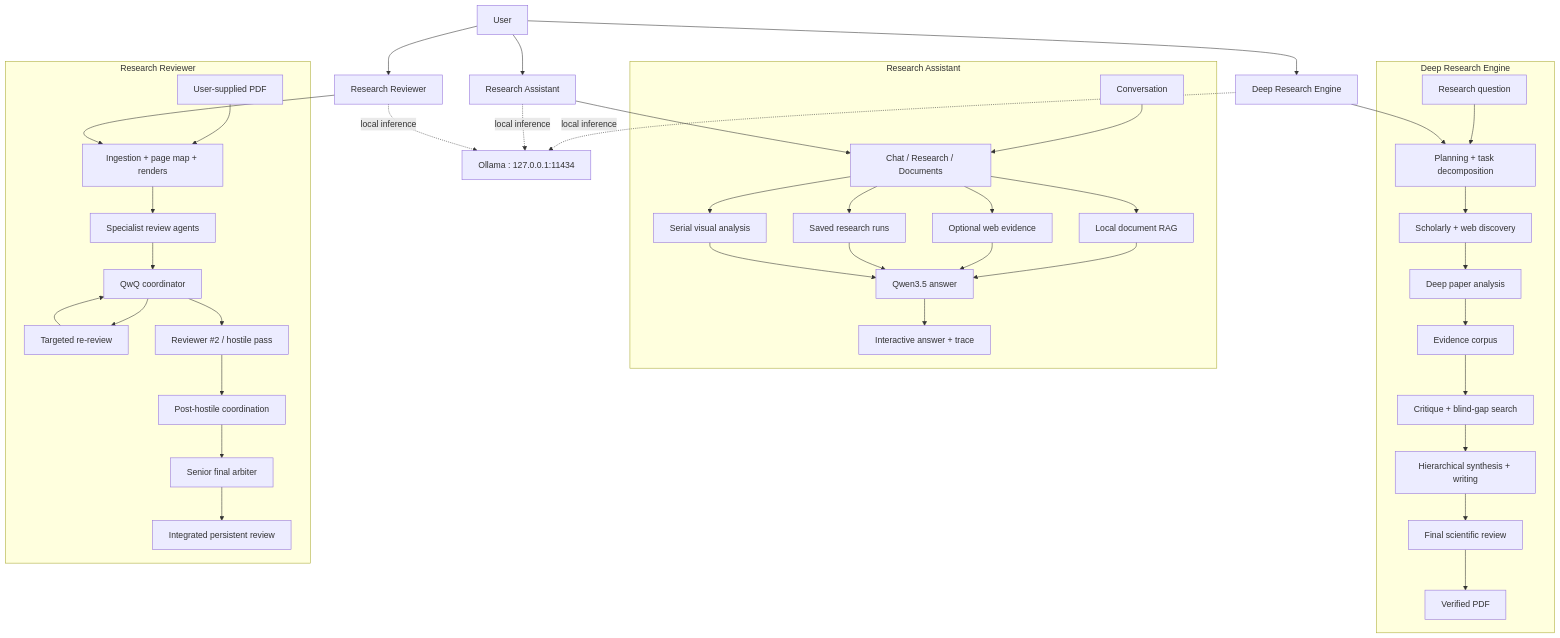
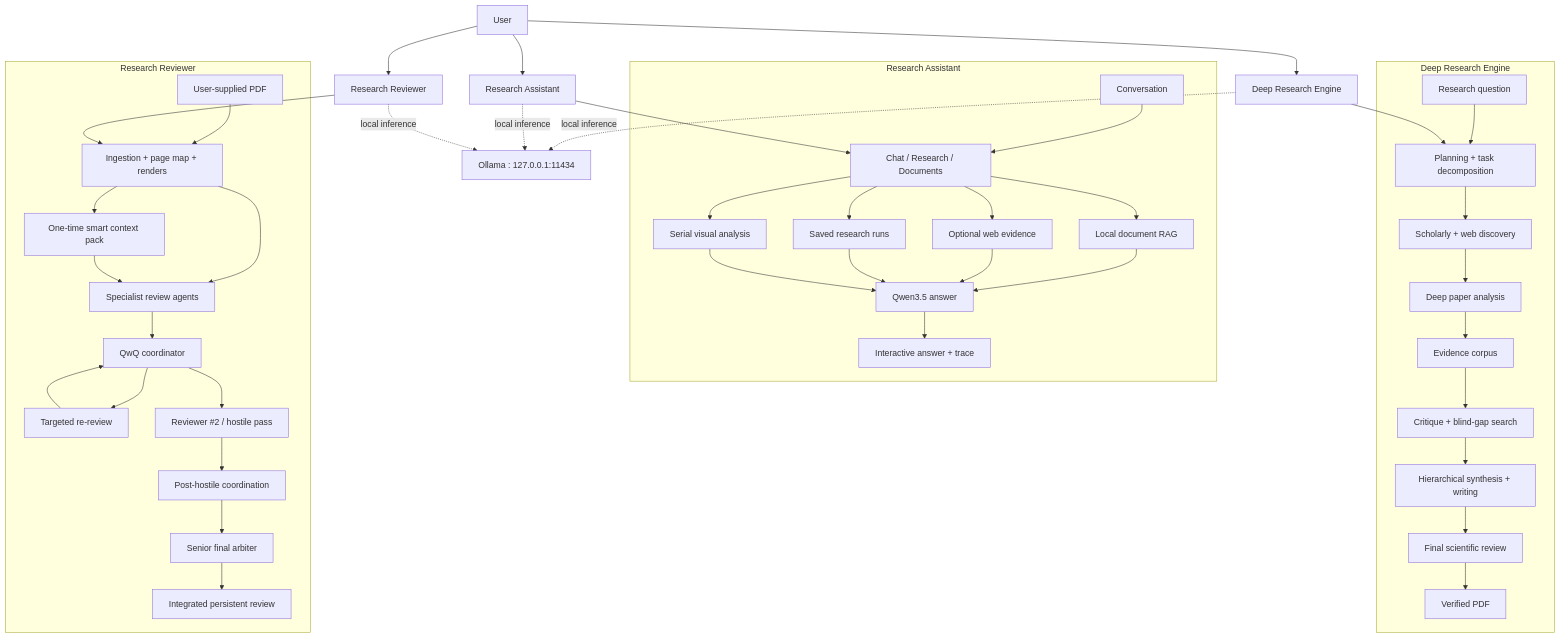
Before and after one commit to CRB20/deep_research_engine: the first of 20 diagrams in README.md, drawn with Mermaid. The commit also changed other lines of this file and 2 other files, not shown here.

````diff
--- a/README.md
+++ b/README.md
@@ -142,50 +143,52 @@
 ```mermaid
 flowchart TB
     U[User] --> DRE[Deep Research Engine]
     U --> RA[Research Assistant]
     U --> RR[Research Reviewer]
 
     subgraph D[Deep Research Engine]
         DQ[Research question] --> DP[Planning + task decomposition]
         DP --> DS[Scholarly + web discovery]
         DS --> DE[Deep paper analysis]
         DE --> DC[Evidence corpus]
         DC --> DG[Critique + blind-gap search]
         DG --> DW[Hierarchical synthesis + writing]
         DW --> DPFD[Final scientific review]
         DPFD --> PDF[Verified PDF]
     end
 
     subgraph A[Research Assistant]
         AQ[Conversation] --> AI[Chat / Research / Documents]
         AI --> ARAG[Local document RAG]
         AI --> AWEB[Optional web evidence]
         AI --> ADB[Saved research runs]
         AI --> AV[Serial visual analysis]
         ARAG --> AA[Qwen3.5 answer]
         AWEB --> AA
         ADB --> AA
         AV --> AA
         AA --> AOUT[Interactive answer + trace]
     end
 
     subgraph R[Research Reviewer]
         RPDF[User-supplied PDF] --> RI[Ingestion + page map + renders]
+        RI --> CP[One-time smart context pack]
         RI --> RS[Specialist review agents]
+        CP --> RS
         RS --> RC[QwQ coordinator]
         RC --> RT[Targeted re-review]
         RT --> RC
         RC --> RH[Reviewer #2 / hostile pass]
         RH --> RA2[Post-hostile coordination]
         RA2 --> RF[Senior final arbiter]
         RF --> ROUT[Integrated persistent review]
     end
 
     DRE --> DP
     RA --> AI
     RR --> RI
 
     DRE -. local inference .-> O[Ollama : 127.0.0.1:11434]
     RA -. local inference .-> O
     RR -. local inference .-> O
 ```
````
